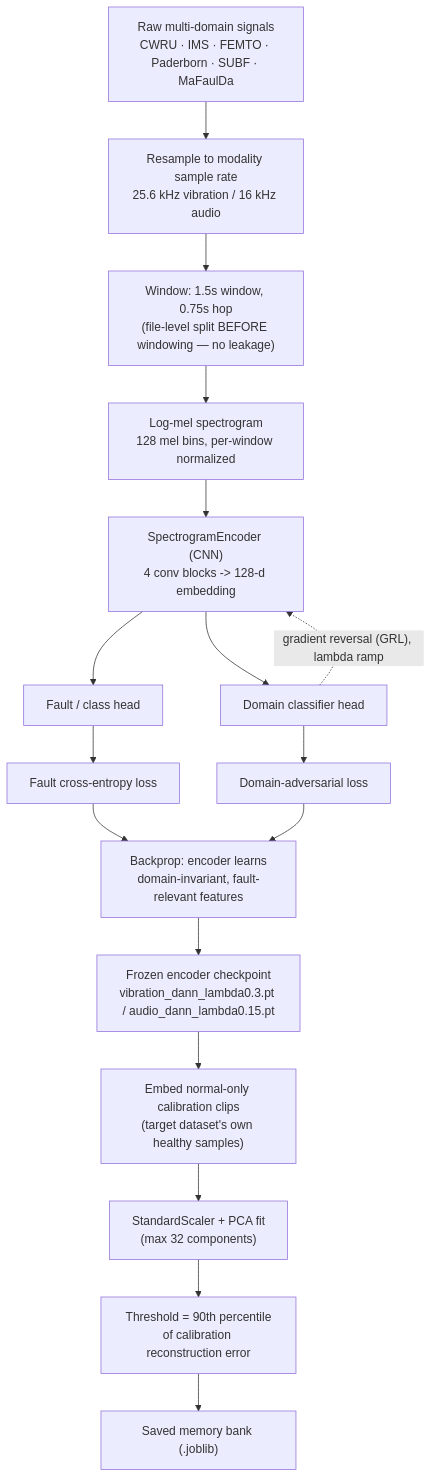
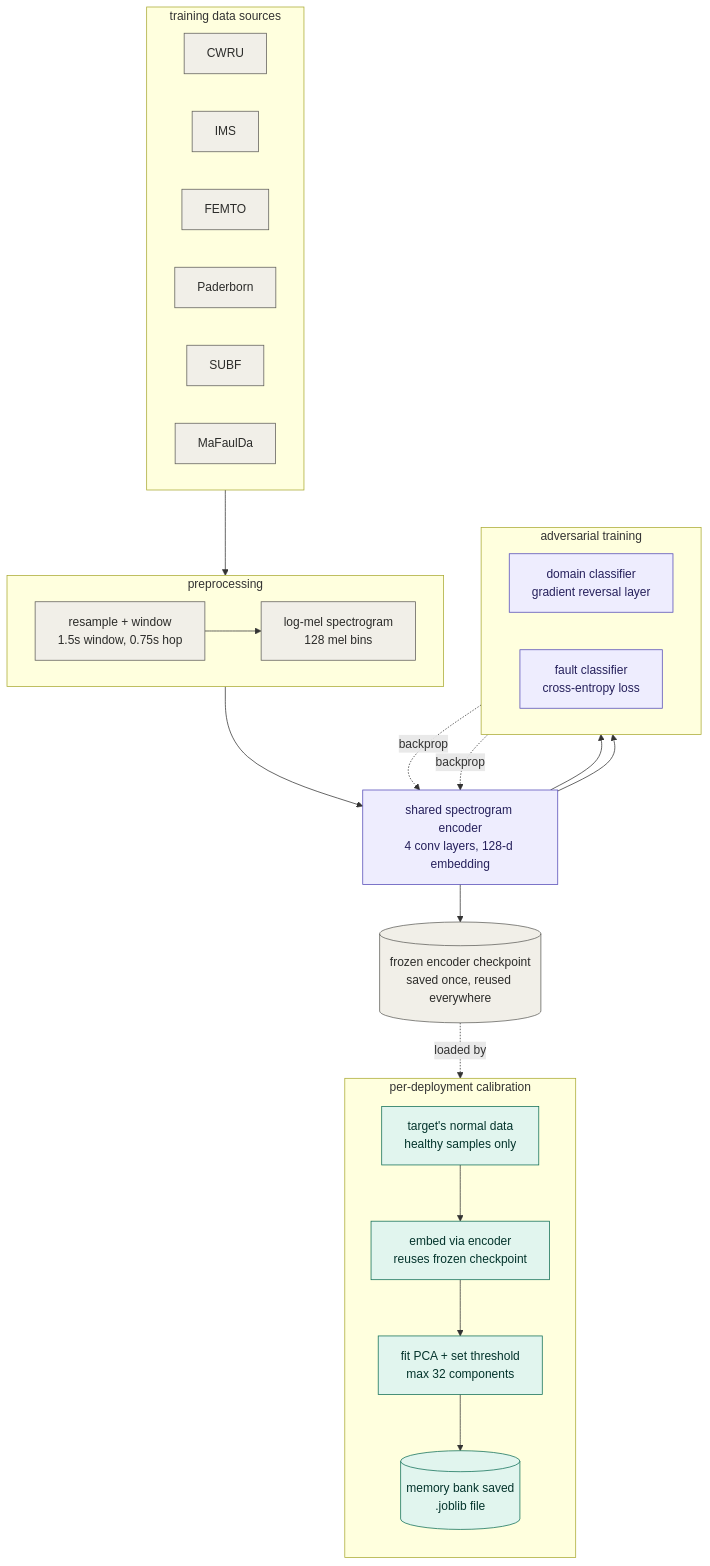
The first of 2 diagrams in README.md (deltaparticle/Granica-Submission), drawn with Mermaid before and after one commit. The commit also changed other lines of this file, not shown here.

Commit message:
Replace linear mermaid pipeline diagrams with architecture-style versions

````diff
--- a/README.md
+++ b/README.md
@@ -263,19 +264,53 @@
 ```mermaid
 flowchart TD
-    A["Raw multi-domain signals\nCWRU · IMS · FEMTO · Paderborn · SUBF · MaFaulDa"] --> B["Resample to modality sample rate\n25.6 kHz vibration / 16 kHz audio"]
-    B --> C["Window: 1.5s window, 0.75s hop\n(file-level split BEFORE windowing — no leakage)"]
-    C --> D["Log-mel spectrogram\n128 mel bins, per-window normalized"]
-    D --> E["SpectrogramEncoder (CNN)\n4 conv blocks -> 128-d embedding"]
-    E --> F["Domain classifier head"]
-    E --> G["Fault / class head"]
-    F -. gradient reversal (GRL), lambda ramp .-> E
-    G --> H["Fault cross-entropy loss"]
-    F --> I["Domain-adversarial loss"]
-    H --> J["Backprop: encoder learns\ndomain-invariant, fault-relevant features"]
-    I --> J
-    J --> K["Frozen encoder checkpoint\nvibration_dann_lambda0.3.pt / audio_dann_lambda0.15.pt"]
-    K --> L["Embed normal-only calibration clips\n(target dataset's own healthy samples)"]
-    L --> M["StandardScaler + PCA fit\n(max 32 components)"]
-    M --> N["Threshold = 90th percentile\nof calibration reconstruction error"]
-    N --> O["Saved memory bank (.joblib)"]
+    subgraph DATA["training data sources"]
+        direction LR
+        CWRU[CWRU]
+        IMS[IMS]
+        FEMTO[FEMTO]
+        PB[Paderborn]
+        SUBF[SUBF]
+        MFD[MaFaulDa]
+    end
+
+    subgraph PREP["preprocessing"]
+        direction LR
+        RESAMPLE["resample + window<br/>1.5s window, 0.75s hop"]
+        MEL["log-mel spectrogram<br/>128 mel bins"]
+        RESAMPLE --> MEL
+    end
+
+    ENC["shared spectrogram encoder<br/>4 conv layers, 128-d embedding"]
+
+    subgraph ADV["adversarial training"]
+        direction LR
+        DOM["domain classifier<br/>gradient reversal layer"]
+        FAULT["fault classifier<br/>cross-entropy loss"]
+    end
+
+    CKPT[("frozen encoder checkpoint<br/>saved once, reused everywhere")]
+
+    subgraph CALIB["per-deployment calibration"]
+        direction TB
+        NORMAL["target's normal data<br/>healthy samples only"]
+        EMBED["embed via encoder<br/>reuses frozen checkpoint"]
+        FITPCA["fit PCA + set threshold<br/>max 32 components"]
+        BANK[("memory bank saved<br/>.joblib file")]
+        NORMAL --> EMBED --> FITPCA --> BANK
+    end
+
+    DATA --> PREP --> ENC
+    ENC --> DOM
+    ENC --> FAULT
+    DOM -. backprop .-> ENC
+    FAULT -. backprop .-> ENC
+    ENC --> CKPT
+    CKPT -.->|loaded by| EMBED
+
+    classDef data fill:#F1EFE8,stroke:#5F5E5A,color:#2C2C2A
+    classDef model fill:#EEEDFE,stroke:#534AB7,color:#26215C
+    classDef calib fill:#E1F5EE,stroke:#0F6E56,color:#04342C
+    class CWRU,IMS,FEMTO,PB,SUBF,MFD,RESAMPLE,MEL,CKPT data
+    class ENC,DOM,FAULT model
+    class NORMAL,EMBED,FITPCA,BANK calib
 ```
````
